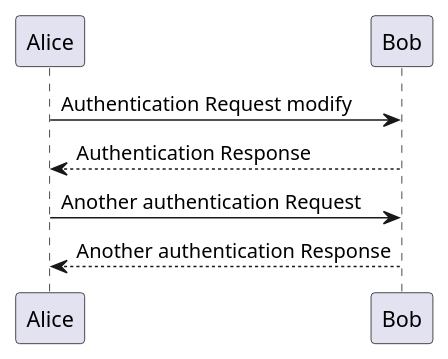
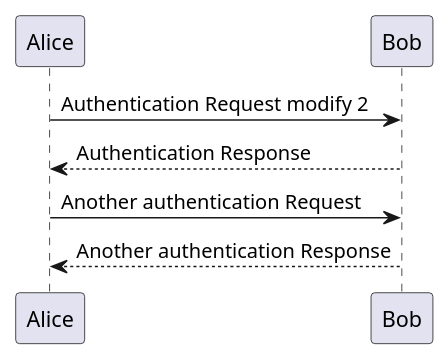
The diagram in test.puml (Rodwan-Bakkar/test-plantuml), drawn with PlantUML before and after one commit.

```diff
--- a/test.puml
+++ b/test.puml
@@ -1,7 +1,7 @@
 @startuml
-Alice -> Bob: Authentication Request modify
+Alice -> Bob: Authentication Request modify 2
 Bob --> Alice: Authentication Response
 
 Alice -> Bob: Another authentication Request
 Alice <-- Bob: Another authentication Response
 @enduml
```
